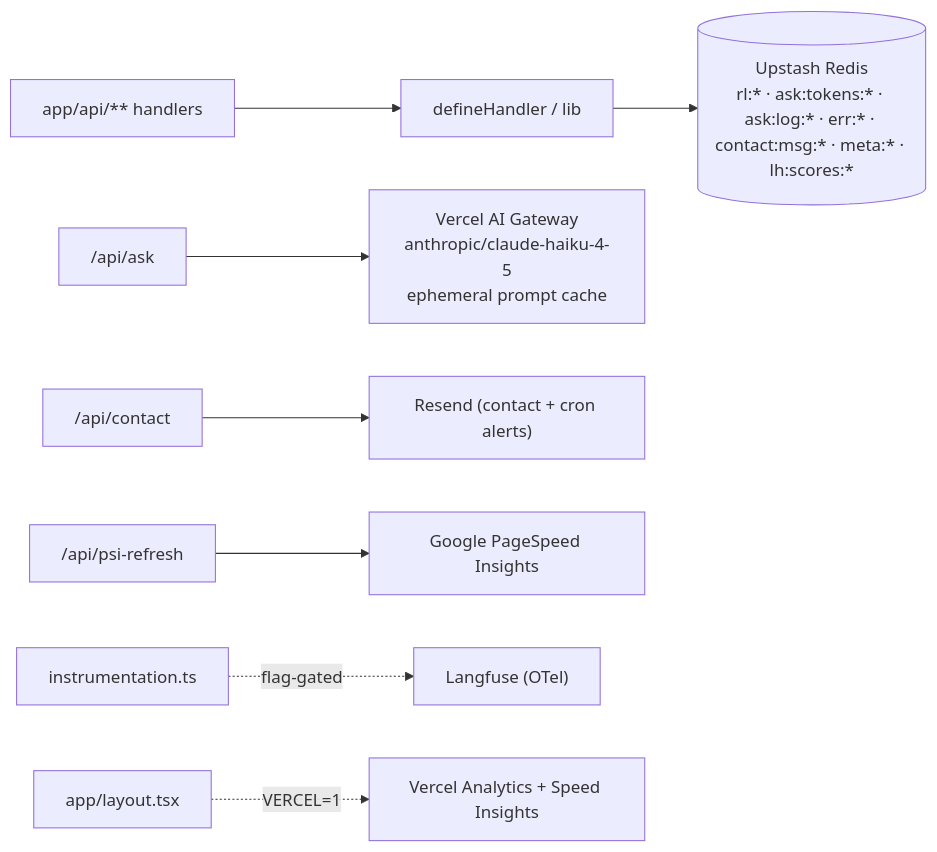
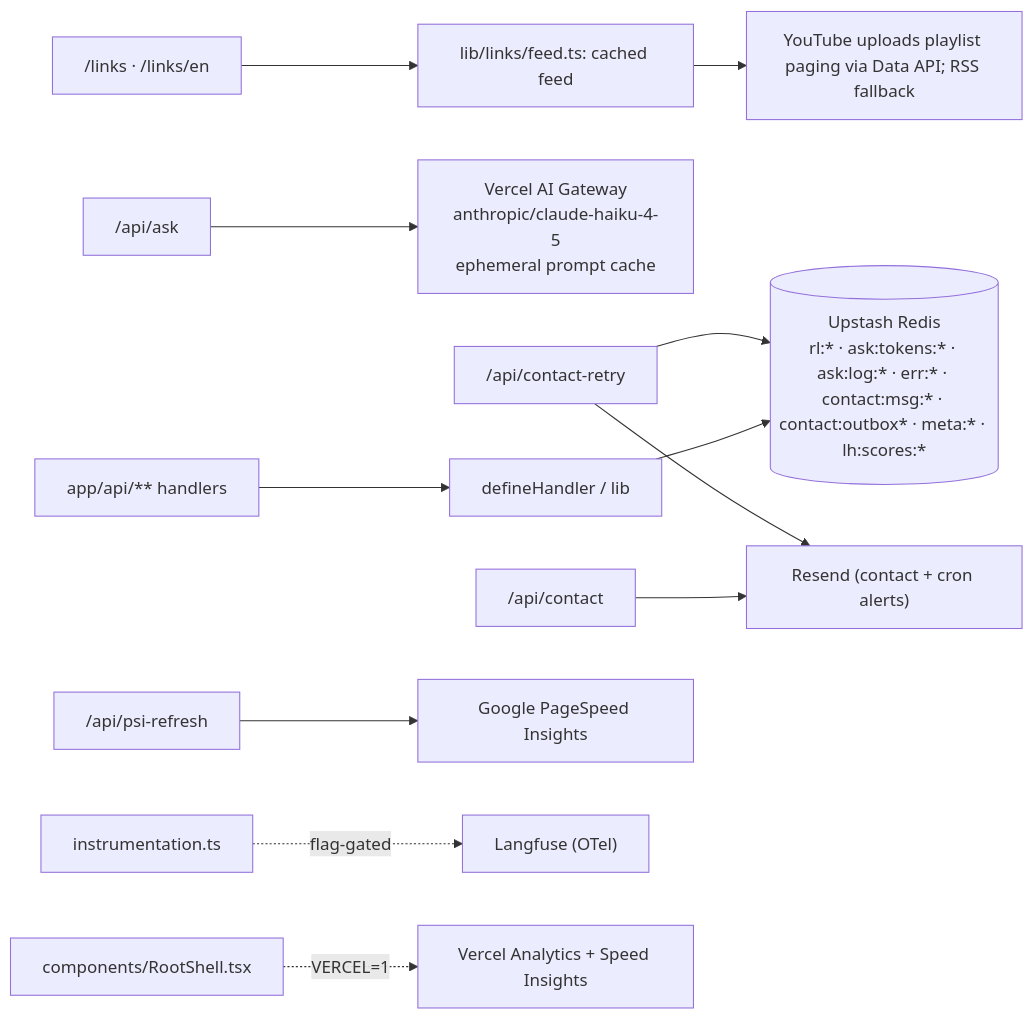
Before and after one commit to erikunha/portfolio: the diagram in docs/05-api-and-integrations.md, drawn with Mermaid. The commit also changed other lines of this file and 1307 other files, not shown here.

````diff
--- a/docs/05-api-and-integrations.md
+++ b/docs/05-api-and-integrations.md
@@ -60,10 +81,14 @@
 ```mermaid
 flowchart LR
     routes["app/api/** handlers"] --> defh["defineHandler / lib"]
-    defh --> redis[("Upstash Redis<br/>rl:* · ask:tokens:* · ask:log:* · err:* · contact:msg:* · meta:* · lh:scores:*")]
+    defh --> redis[("Upstash Redis<br/>rl:* · ask:tokens:* · ask:log:* · err:* · contact:msg:* · contact:outbox* · meta:* · lh:scores:*")]
     ask["/api/ask"] --> gw["Vercel AI Gateway<br/>anthropic/claude-haiku-4-5<br/>ephemeral prompt cache"]
+    linkpages["/links · /links/en"] --> links["lib/links/feed.ts: cached feed"]
+    links --> youtube["YouTube uploads playlist paging via Data API; RSS fallback"]
     contact["/api/contact"] --> resend["Resend (contact + cron alerts)"]
+    retry["/api/contact-retry"] --> redis
+    retry --> resend
     psicron["/api/psi-refresh"] --> psi["Google PageSpeed Insights"]
     instr["instrumentation.ts"] -.flag-gated.-> lf["Langfuse (OTel)"]
-    layout["app/layout.tsx"] -.VERCEL=1.-> rum["Vercel Analytics + Speed Insights"]
+    layout["components/RootShell.tsx"] -.VERCEL=1.-> rum["Vercel Analytics + Speed Insights"]
 ```
````
